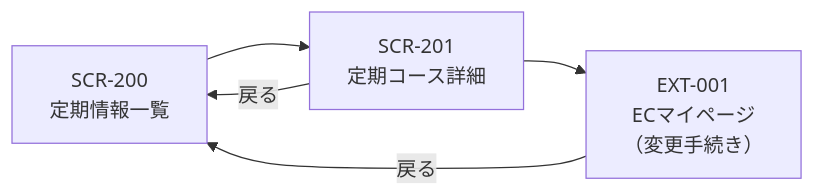
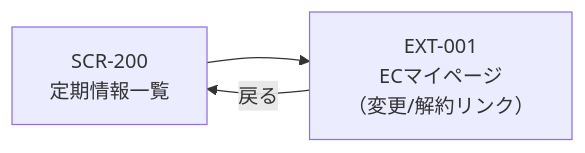
The eighth of 17 diagrams in docs/04_画面遷移図.md (YukaHasebe/bi-su-app), drawn with Mermaid before and after one commit. The commit also changed other lines of this file and 6 other files, not shown here.

````diff
--- a/docs/04_画面遷移図.md
+++ b/docs/04_画面遷移図.md
@@ -256,7 +252,5 @@
 ```mermaid
 flowchart LR
-    A["SCR-200\n定期情報一覧"] --> B["SCR-201\n定期コース詳細"]
-    B --> C["EXT-001\nECマイページ\n（変更手続き）"]
-    C -->|戻る| A
+    A["SCR-200\n定期情報一覧"] --> B["EXT-001\nECマイページ\n（変更/解約リンク）"]
     B -->|戻る| A
 ```
````
